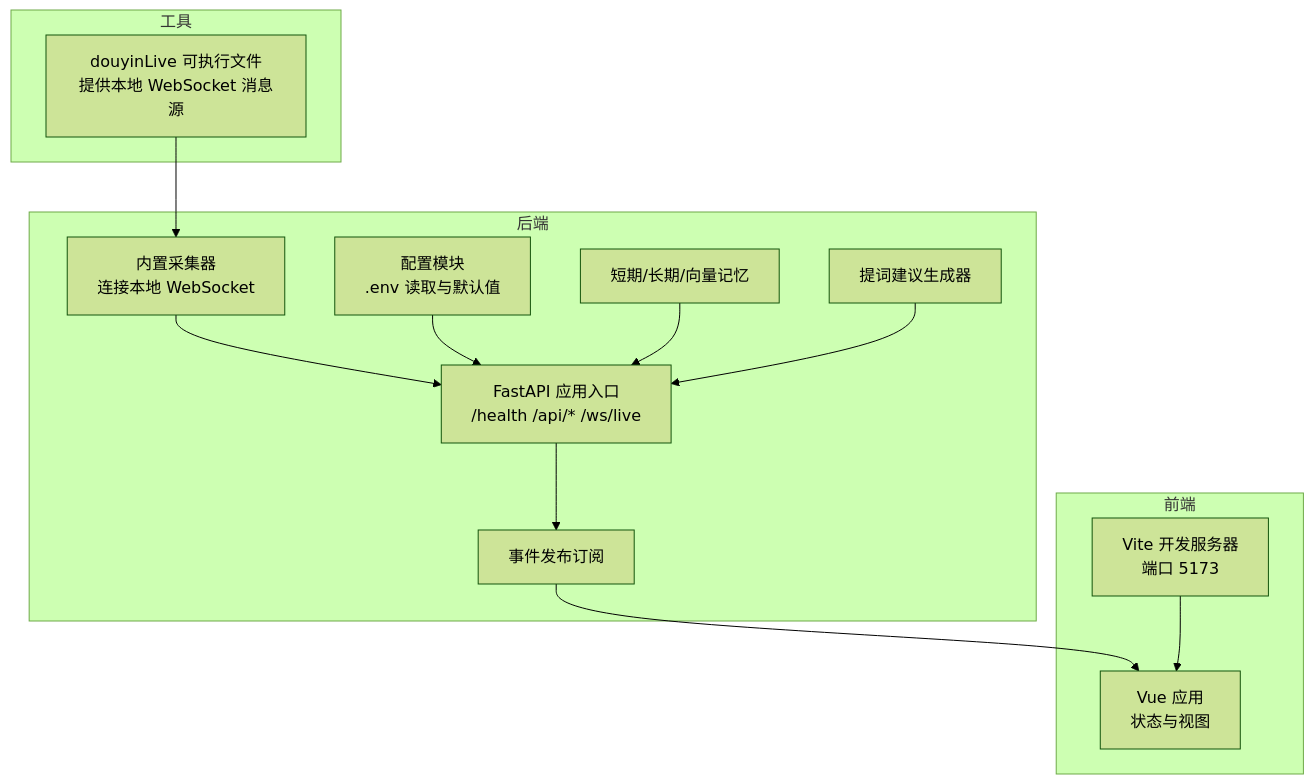
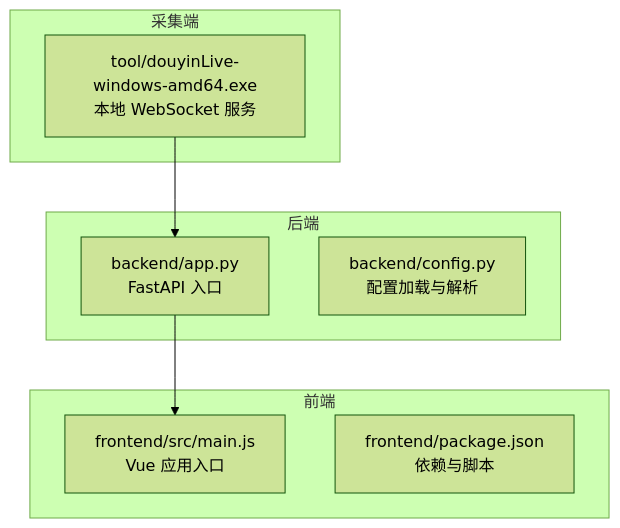
Before and after one commit to Moon-Force/DouYin_llm: the first of 7 diagrams in .qoder/repowiki/zh/content/快速开始.md, drawn with Mermaid (forest theme). The commit also changed other lines of this file and 218 other files, not shown here.

````diff
--- a/.qoder/repowiki/zh/content/快速开始.md
+++ b/.qoder/repowiki/zh/content/快速开始.md
@@ -41,23 +45,16 @@
 ```mermaid
 graph TB
-subgraph "工具"
-TOOL["douyinLive 可执行文件<br/>提供本地 WebSocket 消息源"]
+subgraph "采集端"
+T1["tool/douyinLive-windows-amd64.exe<br/>本地 WebSocket 服务"]
 end
 subgraph "后端"
-APP["FastAPI 应用入口<br/>/health /api/* /ws/live"]
-CFG["配置模块<br/>.env 读取与默认值"]
-COL["内置采集器<br/>连接本地 WebSocket"]
-MEM["短期/长期/向量记忆"]
-AG["提词建议生成器"]
-BRO["事件发布订阅"]
+B1["backend/app.py<br/>FastAPI 入口"]
+B2["backend/config.py<br/>配置加载与解析"]
 end
 subgraph "前端"
-VITE["Vite 开发服务器<br/>端口 5173"]
-UI["Vue 应用<br/>状态与视图"]
+F1["frontend/src/main.js<br/>Vue 应用入口"]
+F2["frontend/package.json<br/>依赖与脚本"]
 end
-TOOL --> COL --> APP --> BRO --> UI
-CFG --> APP
-MEM --> APP
-AG --> APP
-VITE --> UI
+T1 --> B1
+B1 --> F1
 ```
````
